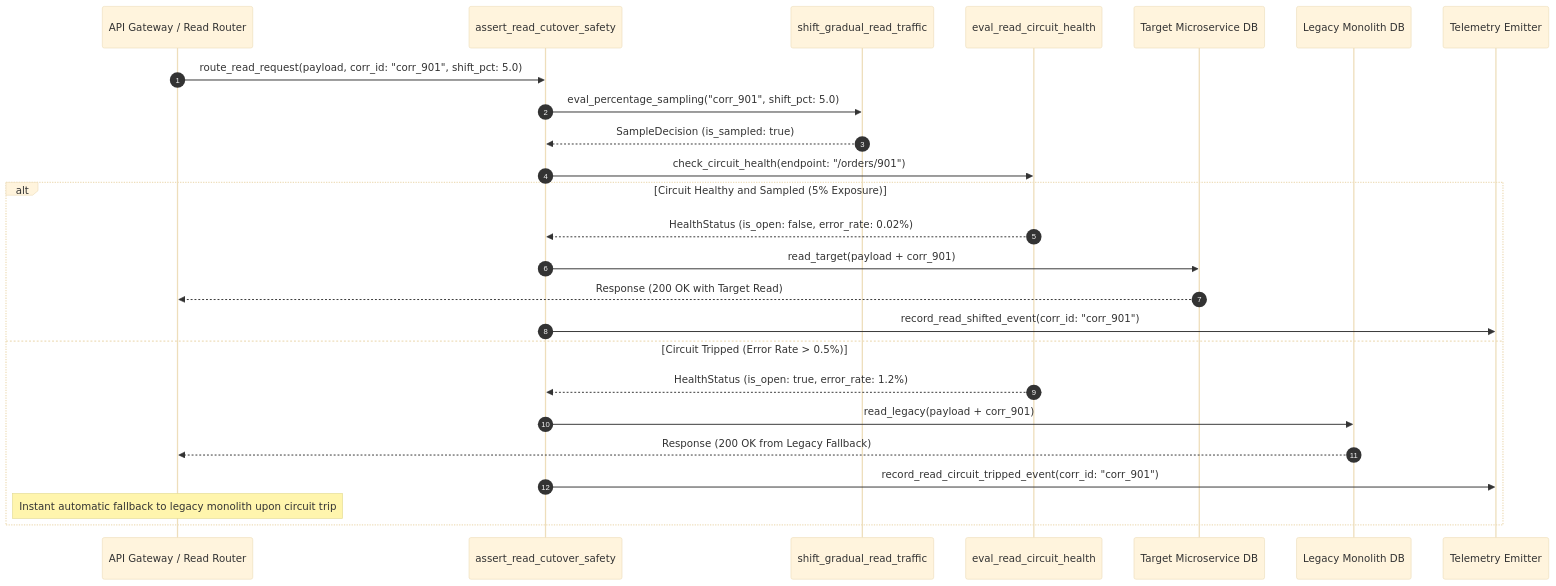
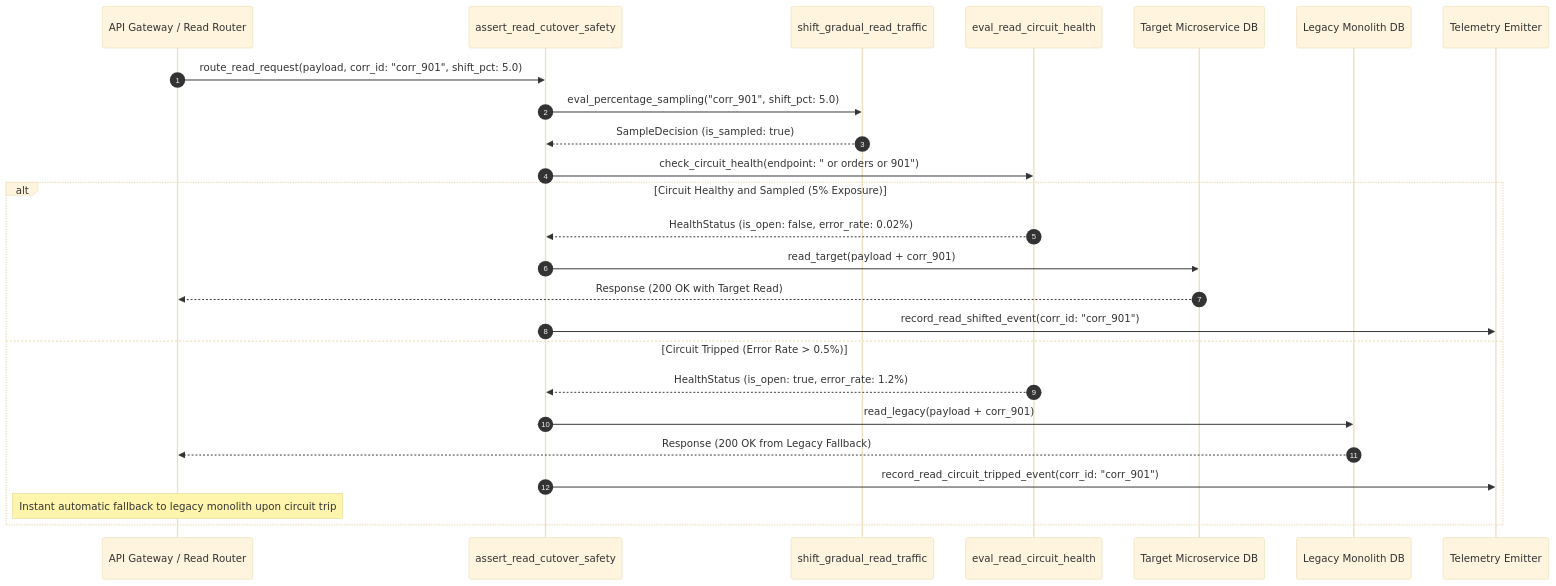
The second of 2 diagrams in notebooks/runbooks/refs/10-core-patterns-and-cutover/circuit-breaker-gated-gradual-read-cutover.md (Chief-Strategist-J/llm-observability-platform), drawn with Mermaid (base theme) before and after one commit. The commit also changed 35 other files, not shown here.

Commit message:
fix(docs): resolve sequence diagram message label syntax errors across runbook suite

````diff
--- a/notebooks/runbooks/refs/10-core-patterns-and-cutover/circuit-breaker-gated-gradual-read-cutover.md
+++ b/notebooks/runbooks/refs/10-core-patterns-and-cutover/circuit-breaker-gated-gradual-read-cutover.md
@@ -57,31 +57,31 @@
 ```mermaid
 sequenceDiagram
     autonumber
     participant Gateway as API Gateway / Read Router
     participant Guard as assert_read_cutover_safety
     participant Shifter as shift_gradual_read_traffic
     participant Circuit as eval_read_circuit_health
     participant TargetSvc as Target Microservice DB
     participant LegacySvc as Legacy Monolith DB
     participant Audit as Telemetry Emitter
 
     Gateway->>Guard: route_read_request(payload, corr_id: "corr_901", shift_pct: 5.0)
     
     Guard->>Shifter: eval_percentage_sampling("corr_901", shift_pct: 5.0)
     Shifter-->>Guard: SampleDecision (is_sampled: true)
 
-    Guard->>Circuit: check_circuit_health(endpoint: "/orders/901")
+    Guard->>Circuit: check_circuit_health(endpoint: " or orders or 901")
     
     alt Circuit Healthy and Sampled (5% Exposure)
         Circuit-->>Guard: HealthStatus (is_open: false, error_rate: 0.02%)
         Guard->>TargetSvc: read_target(payload + corr_901)
         TargetSvc-->>Gateway: Response (200 OK with Target Read)
         Guard->>Audit: record_read_shifted_event(corr_id: "corr_901")
     else Circuit Tripped (Error Rate > 0.5%)
         Circuit-->>Guard: HealthStatus (is_open: true, error_rate: 1.2%)
         Guard->>LegacySvc: read_legacy(payload + corr_901)
         LegacySvc-->>Gateway: Response (200 OK from Legacy Fallback)
         Guard->>Audit: record_read_circuit_tripped_event(corr_id: "corr_901")
         Note over Gateway: Instant automatic fallback to legacy monolith upon circuit trip
     end
 ```
````
